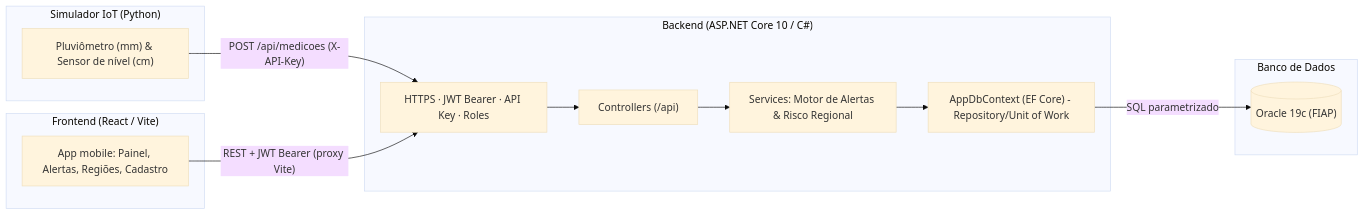
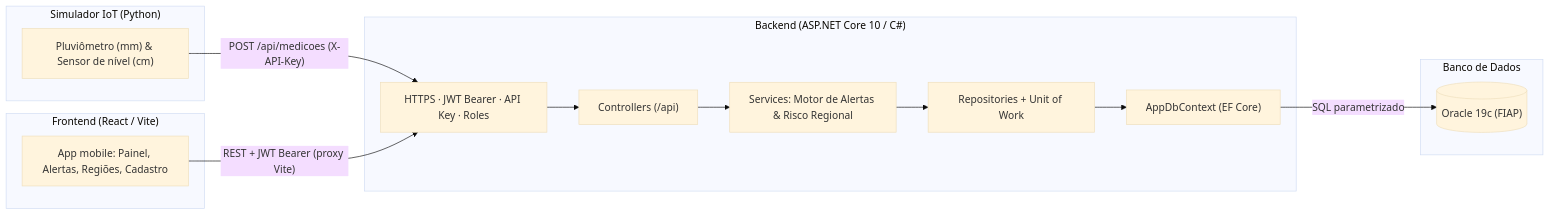
One commit to GuiSaccomani/AlertaJA changed the first of 2 diagrams in README.md. Above: the diagram before and after it, drawn with Mermaid (base theme). The commit also changed other lines of this file and 20 other files, not shown here.

````diff
--- a/README.md
+++ b/README.md
@@ -44,28 +44,30 @@
 ```mermaid
 flowchart LR
     subgraph IoT_Edge["Simulador IoT (Python)"]
         Sensors["Pluviômetro (mm) & Sensor de nível (cm)"]
     end
 
     subgraph Backend_Layer["Backend (ASP.NET Core 10 / C#)"]
         Security["HTTPS · JWT Bearer · API Key · Roles"]
         API["Controllers (/api)"]
         Engine["Services: Motor de Alertas & Risco Regional"]
-        Data["AppDbContext (EF Core) - Repository/Unit of Work"]
+        Repo["Repositories + Unit of Work"]
+        Data["AppDbContext (EF Core)"]
     end
 
     subgraph Storage["Banco de Dados"]
         DB[("Oracle 19c (FIAP)")]
     end
 
     subgraph Frontend_Layer["Frontend (React / Vite)"]
         UI["App mobile: Painel, Alertas, Regiões, Cadastro"]
     end
 
     Sensors -->|"POST /api/medicoes (X-API-Key)"| Security
     UI -->|"REST + JWT Bearer (proxy Vite)"| Security
     Security --> API
     API --> Engine
-    Engine --> Data
+    Engine --> Repo
+    Repo --> Data
     Data -->|"SQL parametrizado"| DB
 ```
````
